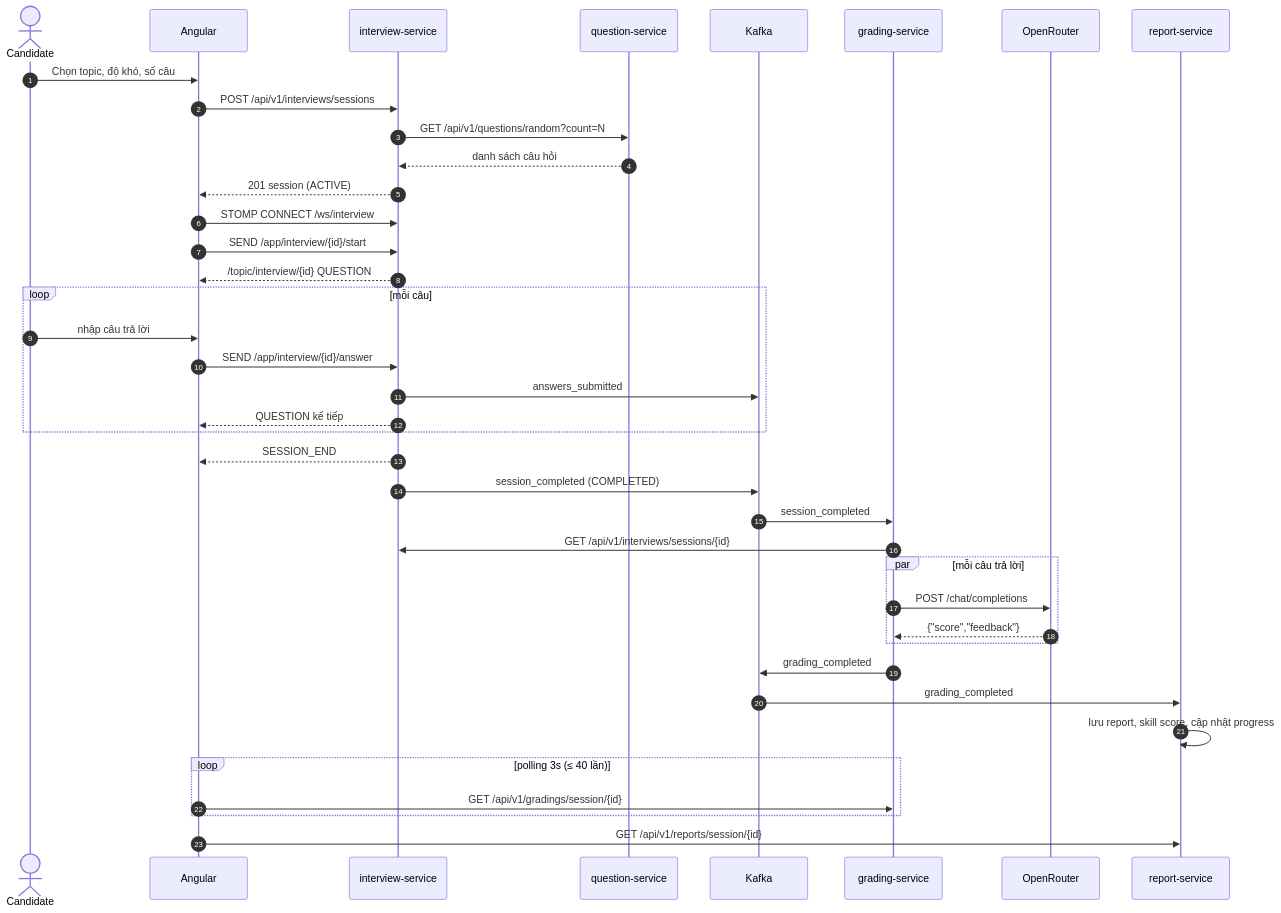
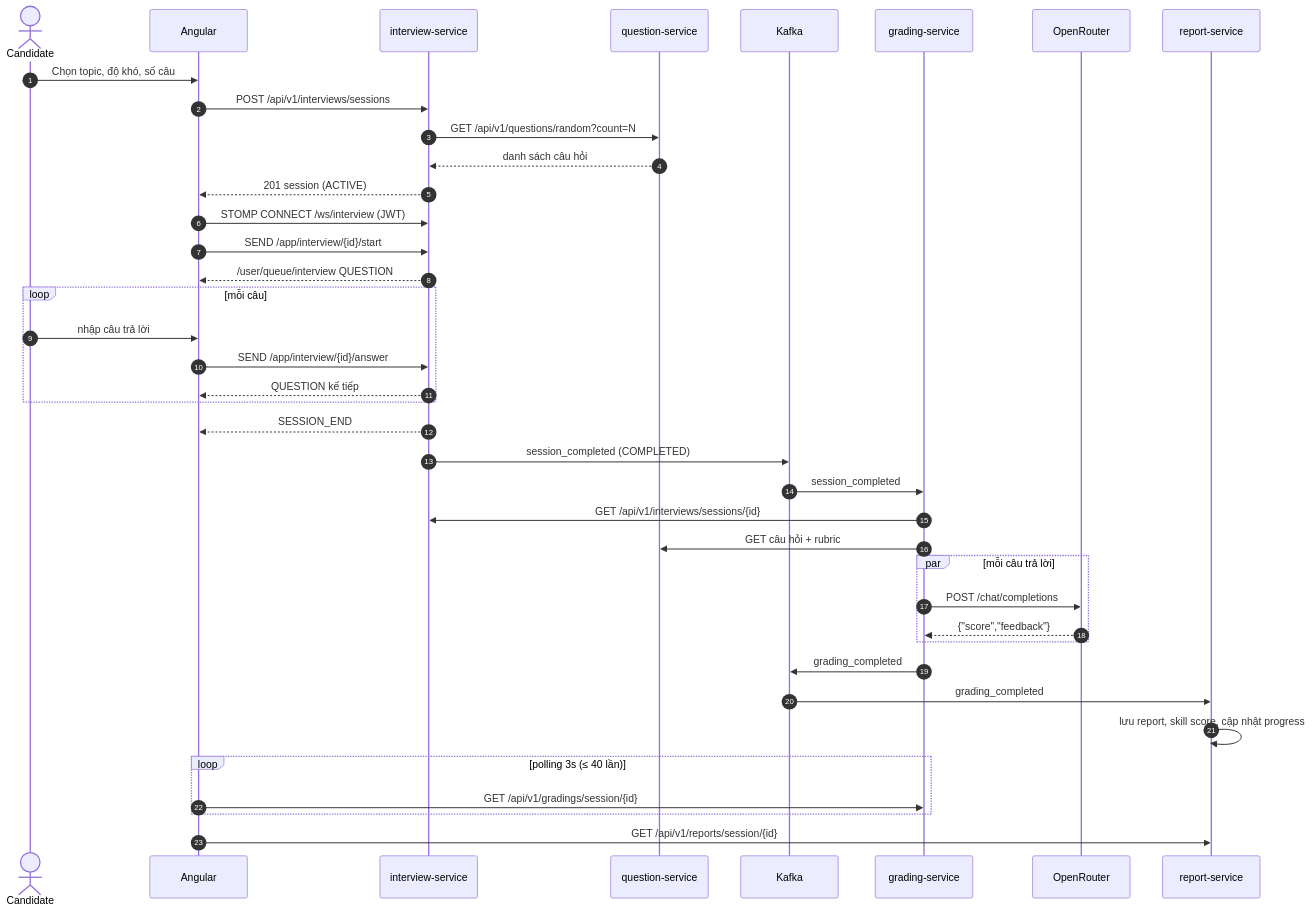
The first of 2 diagrams in docs/05-thiet-ke-tich-hop.md (ngohoangg/intelli-hire), drawn with Mermaid before and after one commit. The commit also changed other lines of this file and 19 other files, not shown here.

````diff
--- a/docs/05-thiet-ke-tich-hop.md
+++ b/docs/05-thiet-ke-tich-hop.md
@@ -7,42 +7,42 @@
 ```mermaid
 sequenceDiagram
     autonumber
     actor U as Candidate
     participant FE as Angular
     participant INT as interview-service
     participant QUE as question-service
     participant K as Kafka
     participant GRA as grading-service
     participant LLM as OpenRouter
     participant REP as report-service
 
     U->>FE: Chọn topic, độ khó, số câu
     FE->>INT: POST /api/v1/interviews/sessions
     INT->>QUE: GET /api/v1/questions/random?count=N
     QUE-->>INT: danh sách câu hỏi
     INT-->>FE: 201 session (ACTIVE)
-    FE->>INT: STOMP CONNECT /ws/interview
+    FE->>INT: STOMP CONNECT /ws/interview (JWT)
     FE->>INT: SEND /app/interview/{id}/start
-    INT-->>FE: /topic/interview/{id} QUESTION #1
+    INT-->>FE: /user/queue/interview QUESTION #1
     loop mỗi câu
         U->>FE: nhập câu trả lời
         FE->>INT: SEND /app/interview/{id}/answer
-        INT->>K: answers_submitted
         INT-->>FE: QUESTION kế tiếp
     end
     INT-->>FE: SESSION_END
     INT->>K: session_completed (COMPLETED)
     K->>GRA: session_completed
     GRA->>INT: GET /api/v1/interviews/sessions/{id}
+    GRA->>QUE: GET câu hỏi + rubric
     par mỗi câu trả lời
         GRA->>LLM: POST /chat/completions
         LLM-->>GRA: {"score","feedback"}
     end
     GRA->>K: grading_completed
     K->>REP: grading_completed
     REP->>REP: lưu report, skill score, cập nhật progress
     loop polling 3s (≤ 40 lần)
         FE->>GRA: GET /api/v1/gradings/session/{id}
     end
     FE->>REP: GET /api/v1/reports/session/{id}
 ```
````
